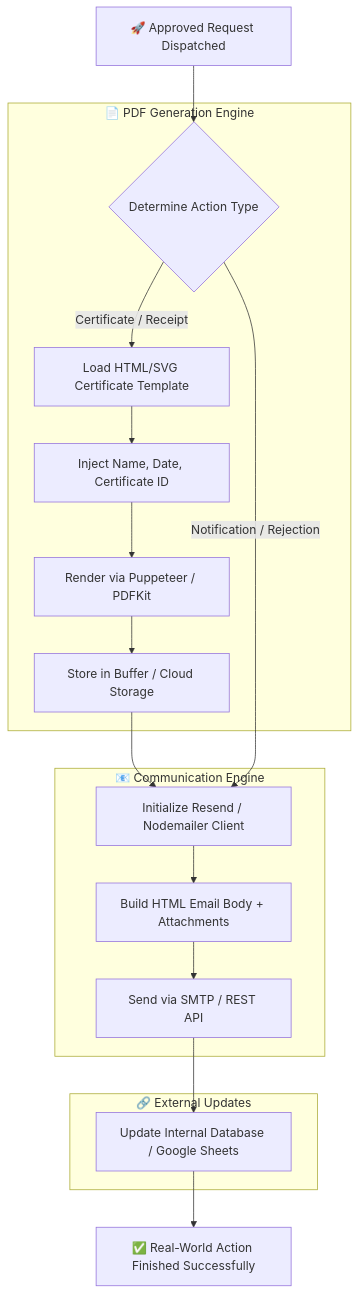
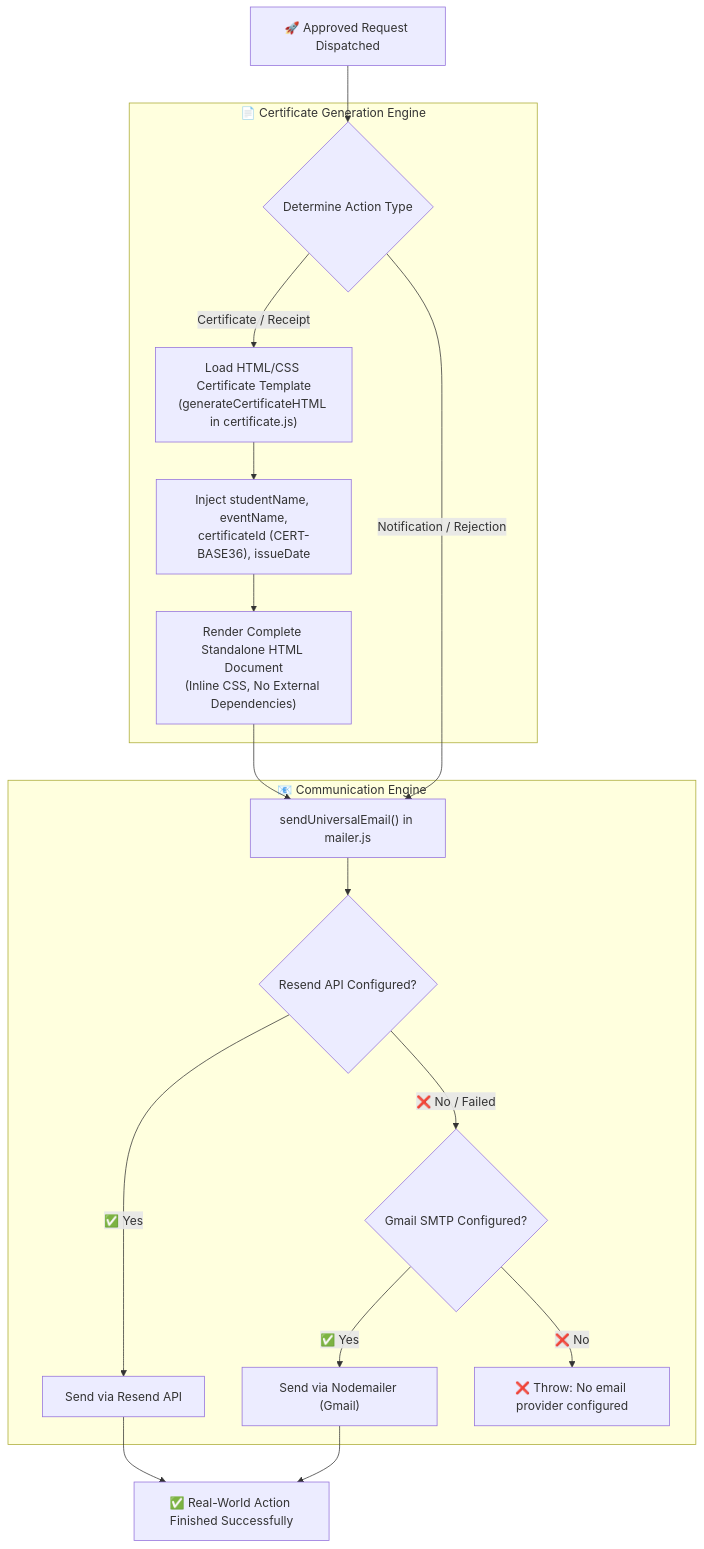
Before and after one commit to sharmaa-abhi/AutoDesk: the eighth of 12 diagrams in docs/FLOWCHARTS.md, drawn with Mermaid. The commit also changed other lines of this file and 5 other files, not shown here.

Commit message:
upgrade to Next.js 16, refactor to server-side only environment variables, and add comprehensive project documentation and flowcharts.

````diff
--- a/docs/FLOWCHARTS.md
+++ b/docs/FLOWCHARTS.md
@@ -209,24 +218,22 @@
 ```mermaid
 flowchart TD
     In["🚀 Approved Request Dispatched"] --> ActionType{"Determine Action Type"}
 
-    subgraph PDFGeneration ["📄 PDF Generation Engine"]
-        ActionType -- "Certificate / Receipt" --> Template["Load HTML/SVG Certificate Template"]
-        Template --> InjectData["Inject Name, Date, Certificate ID"]
-        InjectData --> PDFEngine["Render via Puppeteer / PDFKit"]
-        PDFEngine --> Buffer["Store in Buffer / Cloud Storage"]
+    subgraph CertGeneration ["📄 Certificate Generation Engine"]
+        ActionType -- "Certificate / Receipt" --> Template["Load HTML/CSS Certificate Template<br/>(generateCertificateHTML in certificate.js)"]
+        Template --> InjectData["Inject studentName, eventName,<br/>certificateId (CERT-BASE36), issueDate"]
+        InjectData --> HTMLOutput["Render Complete Standalone HTML Document<br/>(Inline CSS, No External Dependencies)"]
     end
 
     subgraph EmailDispatch ["📧 Communication Engine"]
-        Buffer --> Mailer["Initialize Resend / Nodemailer Client"]
+        HTMLOutput --> Mailer["sendUniversalEmail() in mailer.js"]
         ActionType -- "Notification / Rejection" --> Mailer
-        Mailer --> FormatEmail["Build HTML Email Body + Attachments"]
-        FormatEmail --> SendSMTP["Send via SMTP / REST API"]
+        Mailer --> TryResend{"Resend API Configured?"}
+        TryResend -- "✅ Yes" --> ResendSend["Send via Resend API"]
+        TryResend -- "❌ No / Failed" --> TrySMTP{"Gmail SMTP Configured?"}
+        TrySMTP -- "✅ Yes" --> SMTPSend["Send via Nodemailer (Gmail)"]
+        TrySMTP -- "❌ No" --> MailError["❌ Throw: No email provider configured"]
     end
 
-    subgraph ExternalSync ["🔗 External Updates"]
-        SendSMTP --> ExtDB["Update Internal Database / Google Sheets"]
-    end
-
-    ExtDB --> FinalSuccess["✅ Real-World Action Finished Successfully"]
+    ResendSend & SMTPSend --> FinalSuccess["✅ Real-World Action Finished Successfully"]
 ```
````
